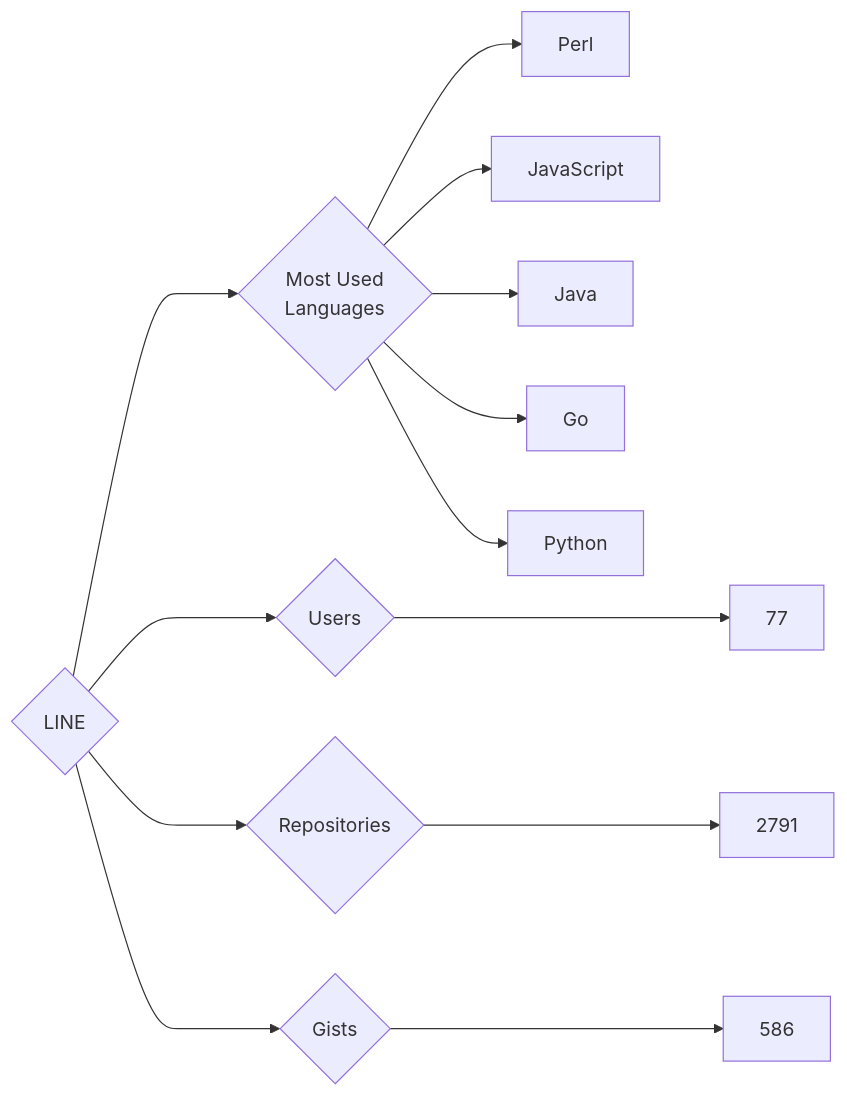
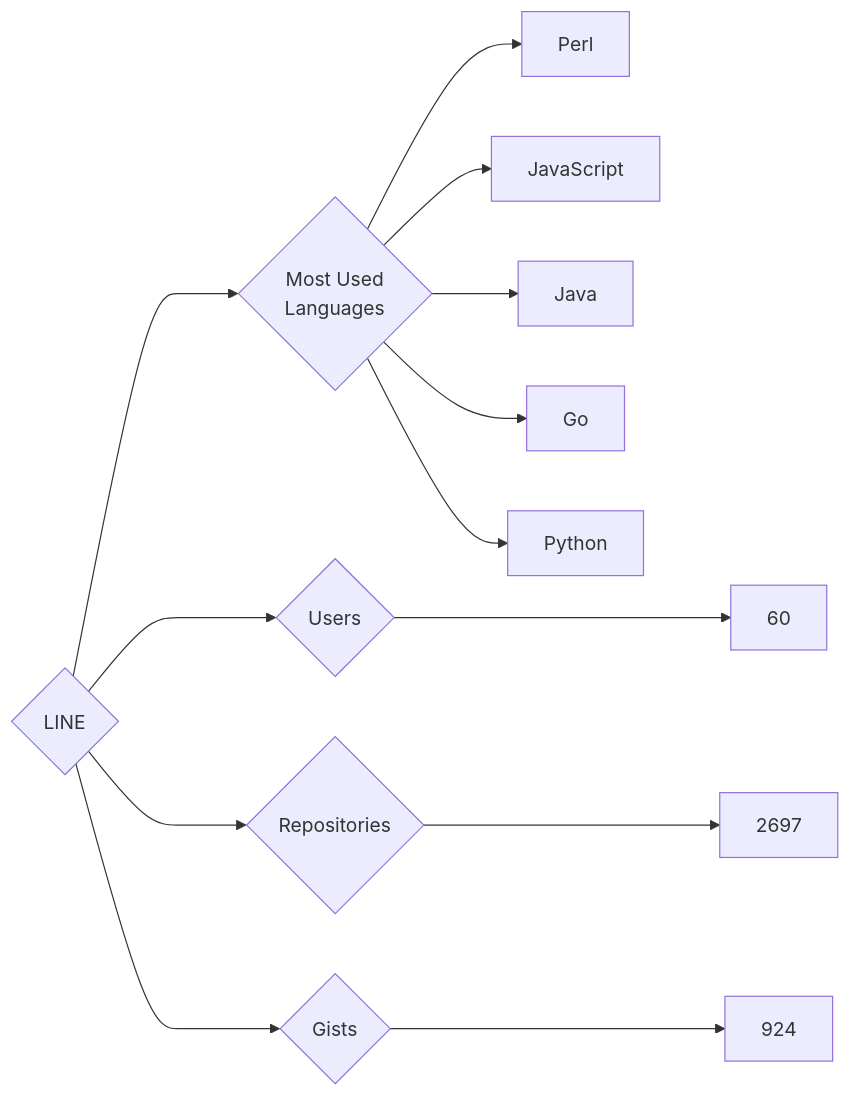
Before and after one commit to trickest/insiders: the diagram in targets/LINE/README.md, drawn with Mermaid. The commit also changed 814 other files, not shown here.

````diff
--- a/targets/LINE/README.md
+++ b/targets/LINE/README.md
@@ -3,13 +3,13 @@
 ```mermaid
 graph LR
 COMPANY_NAME{LINE}
-COMPANY_NAME ---> U{Users} ---> UN[77]
-COMPANY_NAME ---> R{Repositories} ---> RN[2791]
-COMPANY_NAME ---> G{Gists} ---> GN[586]
+COMPANY_NAME ---> U{Users} ---> UN[60]
+COMPANY_NAME ---> R{Repositories} ---> RN[2697]
+COMPANY_NAME ---> G{Gists} ---> GN[924]
 COMPANY_NAME ---> ML{Most Used<br>Languages}
 ML --> Perl[Perl]
 ML --> JavaScript[JavaScript]
 ML --> Java[Java]
 ML --> Go[Go]
 ML --> Python[Python]
 ```
````
